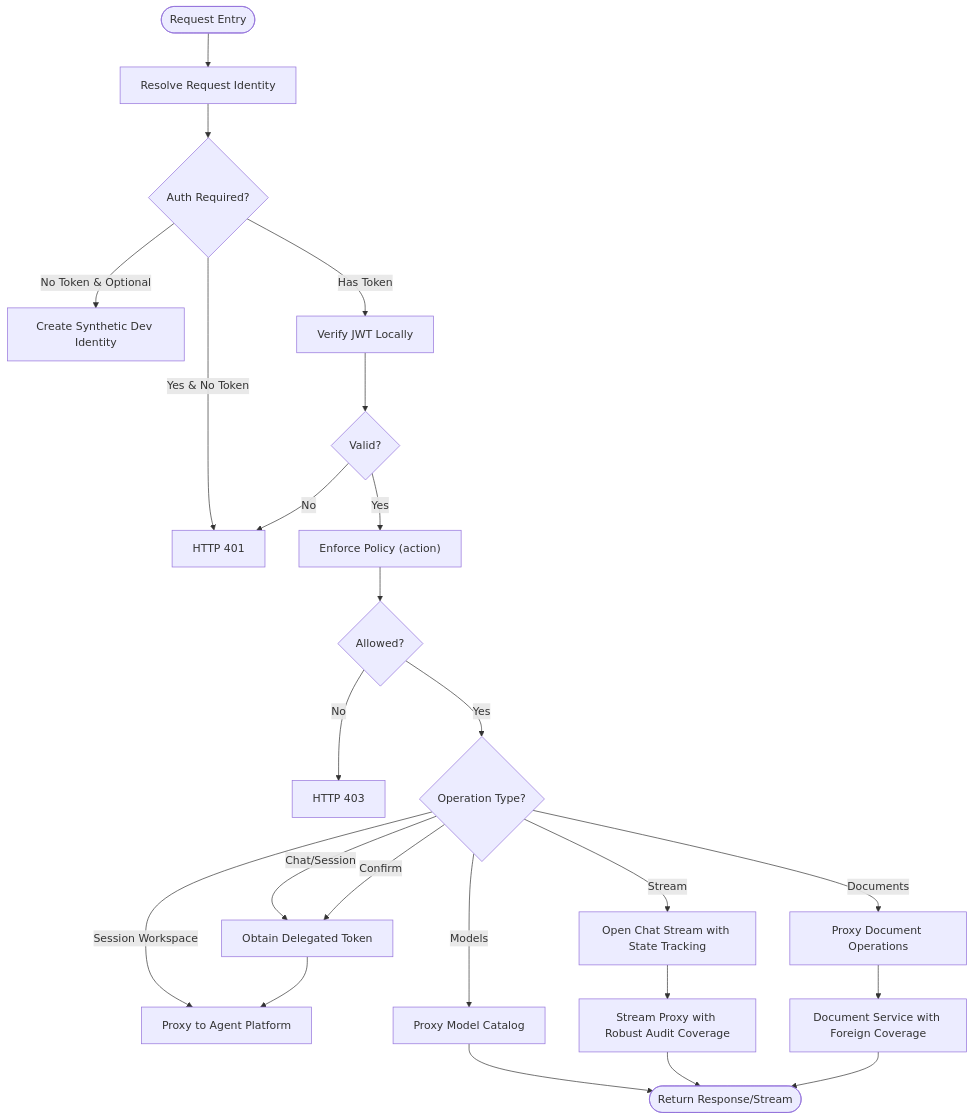
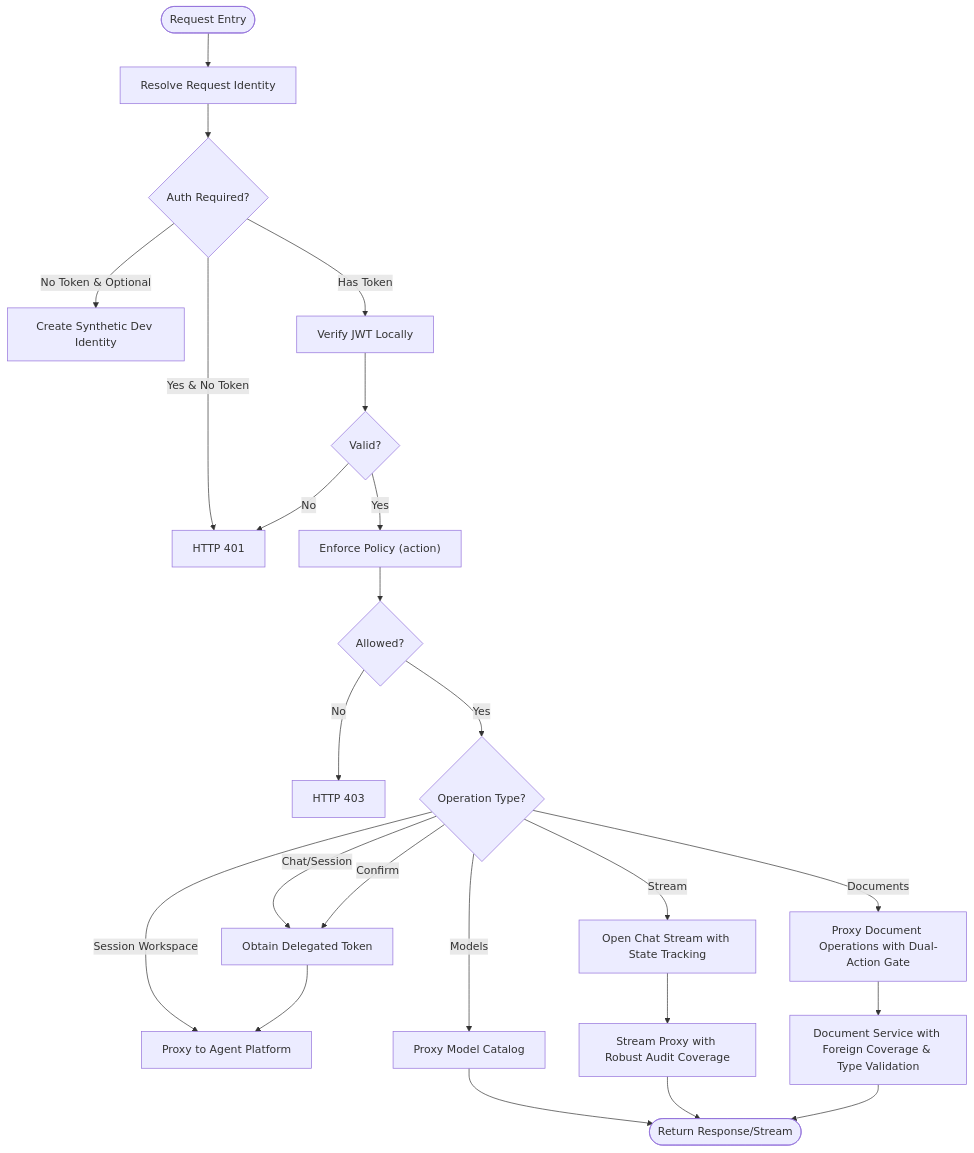
Before and after one commit to metasync/luban-aiops: diagram 12 of 15 in .qoder/repowiki/en/content/Architecture Documentation/Platform Gateway Service.md, drawn with Mermaid. The commit also changed other lines of this file and 72 other files, not shown here.

````diff
--- a/.qoder/repowiki/en/content/Architecture Documentation/Platform Gateway Service.md
+++ b/.qoder/repowiki/en/content/Architecture Documentation/Platform Gateway Service.md
@@ -875,26 +889,26 @@
 ```mermaid
 flowchart TD
 Start(["Request Entry"]) --> ResolveId["Resolve Request Identity"]
 ResolveId --> AuthCheck{"Auth Required?"}
 AuthCheck --> |Yes & No Token| Deny401["HTTP 401"]
 AuthCheck --> |No Token & Optional| Synthetic["Create Synthetic Dev Identity"]
 AuthCheck --> |Has Token| Verify["Verify JWT Locally"]
 Verify --> Valid{"Valid?"}
 Valid --> |No| Deny401
 Valid --> |Yes| PolicyEnf["Enforce Policy (action)"]
 PolicyEnf --> Allowed{"Allowed?"}
 Allowed --> |No| Deny403["HTTP 403"]
 Allowed --> |Yes| CheckType{"Operation Type?"}
 CheckType --> |Chat/Session| Delegate["Obtain Delegated Token"]
 CheckType --> |Confirm| Delegate
 CheckType --> |Session Workspace| Proxy["Proxy to Agent Platform"]
-CheckType --> |Documents| DocProxy["Proxy Document Operations"]
+CheckType --> |Documents| DocProxy["Proxy Document Operations with Dual-Action Gate"]
 CheckType --> |Stream| OpenStream["Open Chat Stream with State Tracking"]
 CheckType --> |Models| ModelProxy["Proxy Model Catalog"]
 Delegate --> Proxy
-DocProxy --> DocService["Document Service with Foreign Coverage"]
+DocProxy --> DocService["Document Service with Foreign Coverage & Type Validation"]
 OpenStream --> StreamProxy["Stream Proxy with Robust Audit Coverage"]
 ModelProxy --> Return(["Return Response/Stream"])
 StreamProxy --> Return
 DocService --> Return
 ```
````
